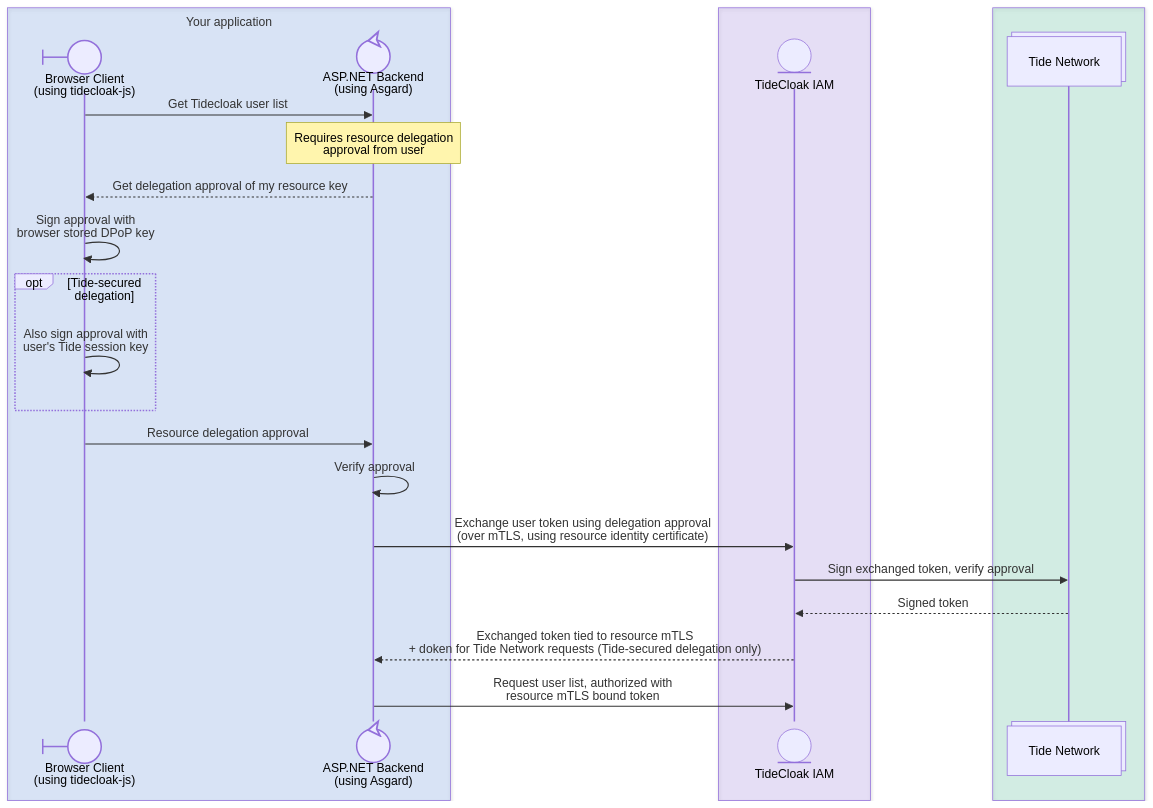
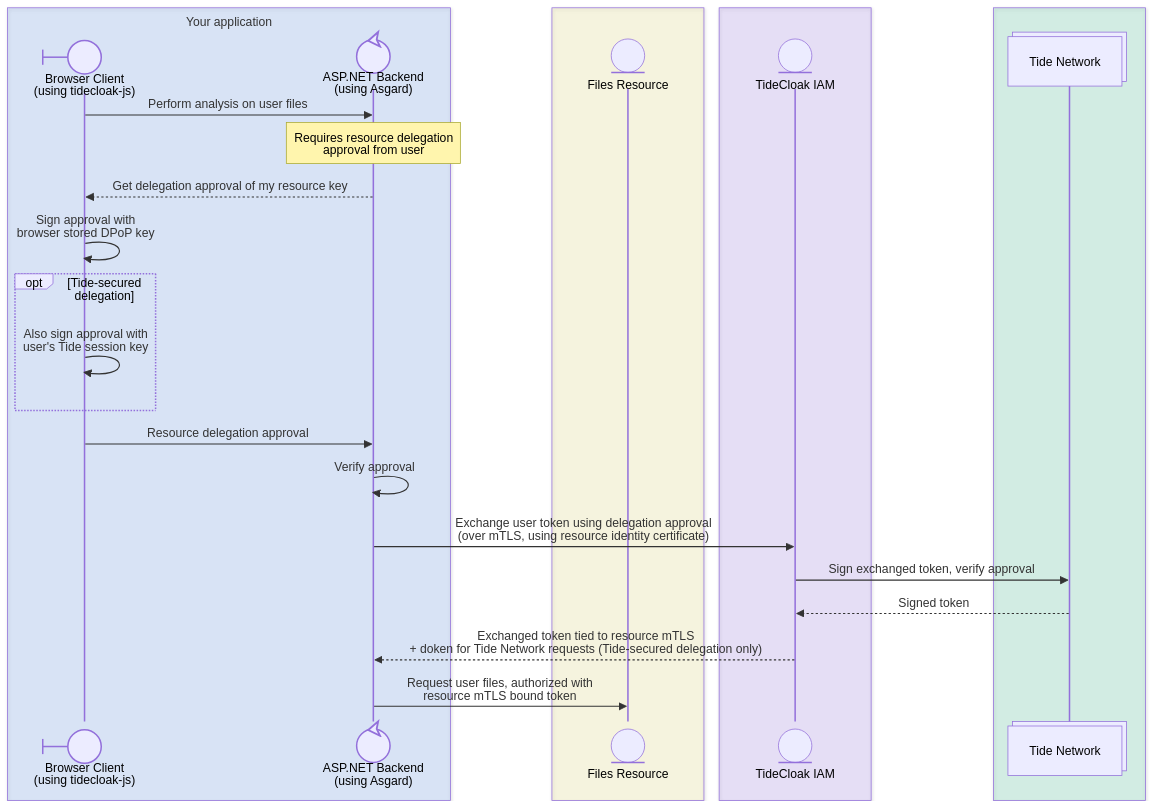
The second of 3 diagrams in README.md (tide-foundation/asgard), drawn with Mermaid before and after one commit. The commit also changed other lines of this file, not shown here.

Commit message:
small understanding fixes

````diff
--- a/README.md
+++ b/README.md
@@ -50,30 +50,33 @@
 ```mermaid
 sequenceDiagram
     box rgba(59, 130, 246, 0.15) Your application
         participant Browser@{ "type": "boundary", "alias": "Browser Client<br/>(using tidecloak-js)" }
         participant Backend@{ "type": "control", "alias": "ASP.NET Backend<br/>(using Asgard)" }
+    end
+    box rgba(246, 236, 92, 0.15)
+        participant OtherResource@{ "type": "entity", "alias": "Files Resource" }
     end
     box rgba(139, 92, 246, 0.15)
         participant TideCloak@{ "type": "entity", "alias": "TideCloak IAM" }
     end
     box rgba(16, 185, 129, 0.15)
         participant TideNetwork@{ "type": "collections", "alias": "Tide Network" }
     end
 
-    Browser->>Backend: Get Tidecloak user list
+    Browser->>Backend: Perform analysis on user files
     Note over Backend: Requires resource delegation<br/>approval from user
     Backend-->>Browser: Get delegation approval of my resource key
     Browser->>Browser: Sign approval with<br/>browser stored DPoP key
 
     opt Tide-secured delegation
         Browser->>Browser: Also sign approval with<br/>user's Tide session key
     end
 
     Browser->>Backend: Resource delegation approval
     Backend->>Backend: Verify approval
     Backend->>TideCloak: Exchange user token using delegation approval<br/>(over mTLS, using resource identity certificate)
     TideCloak->>TideNetwork: Sign exchanged token, verify approval
     TideNetwork-->>TideCloak: Signed token
     TideCloak-->>Backend: Exchanged token tied to resource mTLS<br/>+ doken for Tide Network requests (Tide-secured delegation only)
-    Backend->>TideCloak: Request user list, authorized with<br/>resource mTLS bound token
+    Backend->>OtherResource: Request user files, authorized with<br/>resource mTLS bound token
 ```
````
